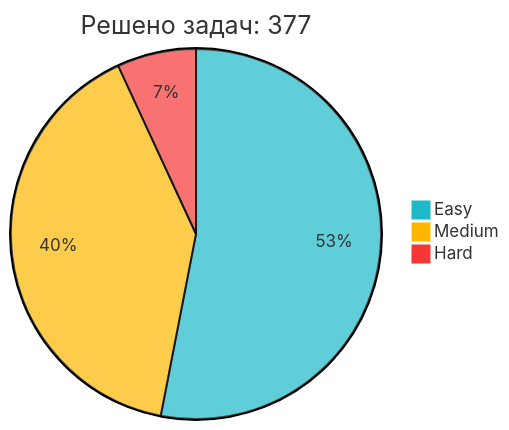
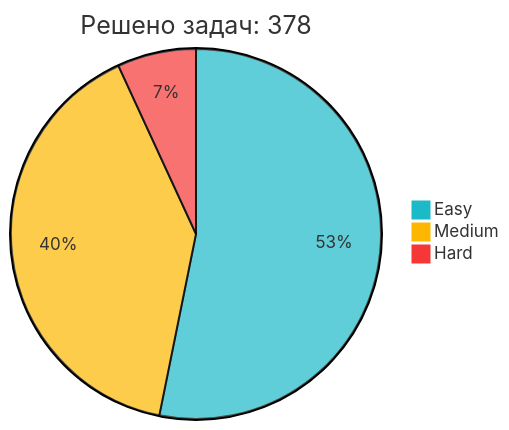
One commit to IliaKurdukov/IliaKurdukov changed the diagram in README.md. Above: the diagram before and after it, drawn with Mermaid. The commit also changed other lines of this file, not shown here.

Commit message:
📈 Обновление статистики LeetCode

````diff
--- a/README.md
+++ b/README.md
@@ -51,7 +51,7 @@
 ```mermaid
 %%{init: {'theme': 'base', 'themeVariables': { 'pie1': '#1CBAC8', 'pie2': '#FEB700', 'pie3': '#F63737' }, 'config': {'width': 300, 'height': 200}}}%%
-pie title Решено задач: 377
-   "Easy" : 200
+pie title Решено задач: 378
+   "Easy" : 201
    "Medium" : 151
    "Hard" : 26
 ```
````
